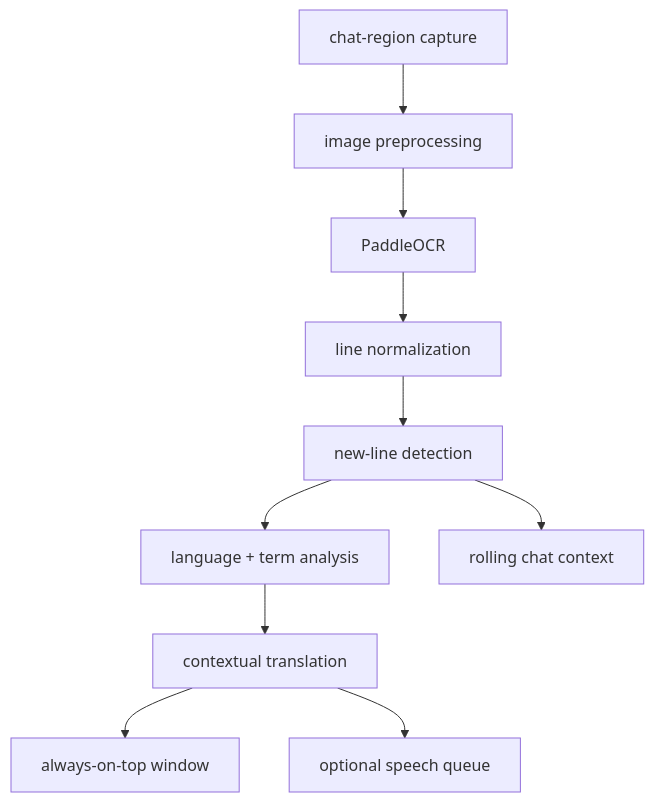
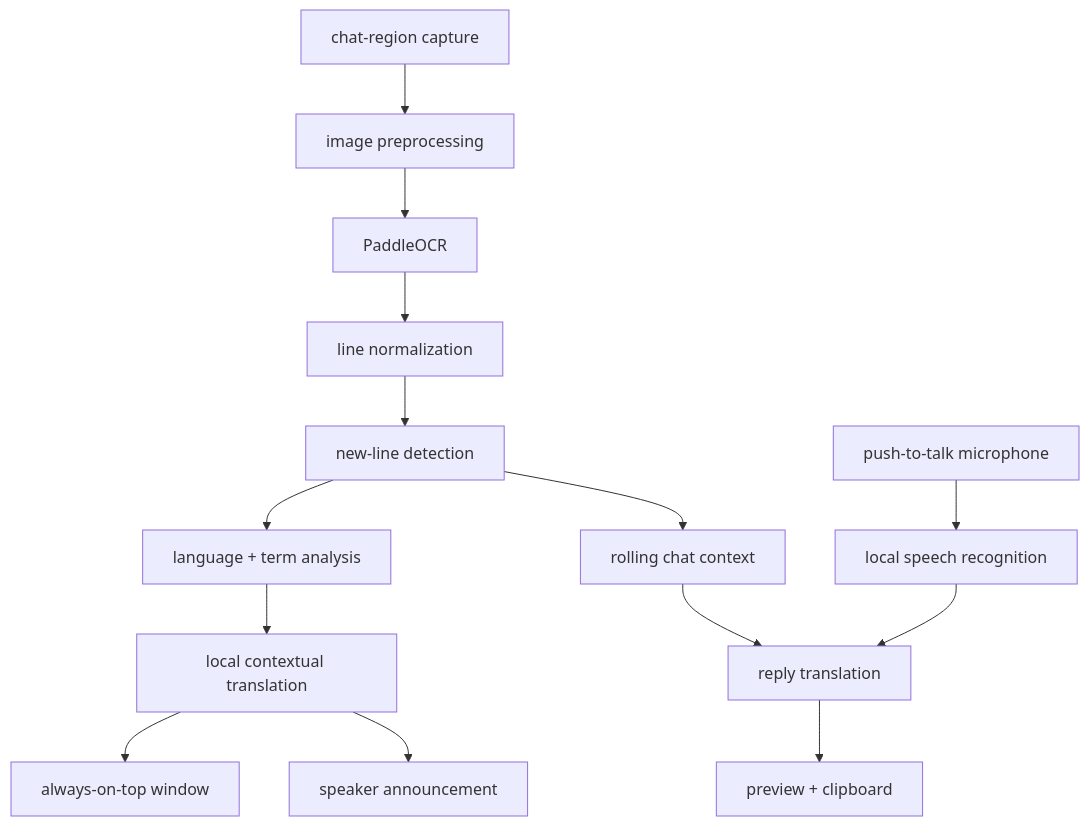
The diagram in project_architecture.md (kazoogh/chat-translator), drawn with Mermaid before and after one commit. The commit also changed other lines of this file, not shown here.

Commit message:
docs: design free local voice interpreter workflow

````diff
--- a/project_architecture.md
+++ b/project_architecture.md
@@ -77,12 +86,16 @@
 ```mermaid
 flowchart TD
     A["chat-region capture"] --> B["image preprocessing"]
     B --> C["PaddleOCR"]
     C --> D["line normalization"]
     D --> E["new-line detection"]
     E --> F["language + term analysis"]
-    F --> G["contextual translation"]
+    F --> G["local contextual translation"]
     G --> H["always-on-top window"]
-    G --> I["optional speech queue"]
+    G --> I["speaker announcement"]
     E --> J["rolling chat context"]
+    K["push-to-talk microphone"] --> L["local speech recognition"]
+    L --> M["reply translation"]
+    J --> M
+    M --> N["preview + clipboard"]
 ```
````
